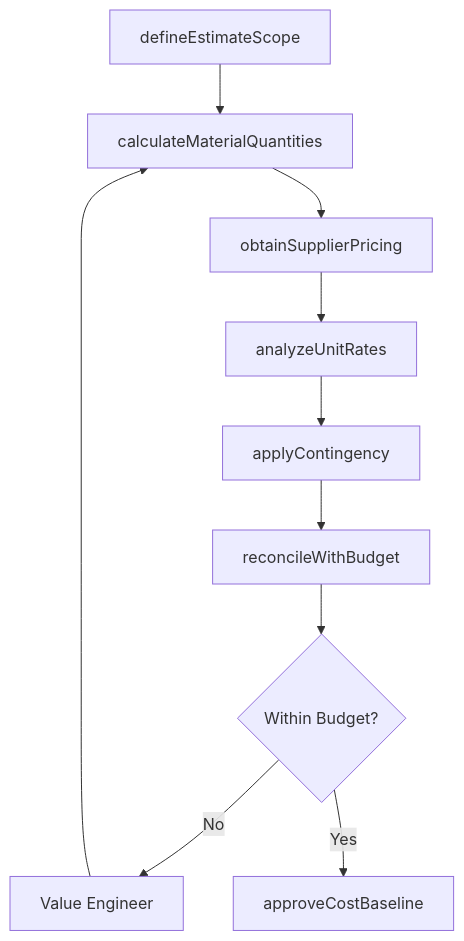
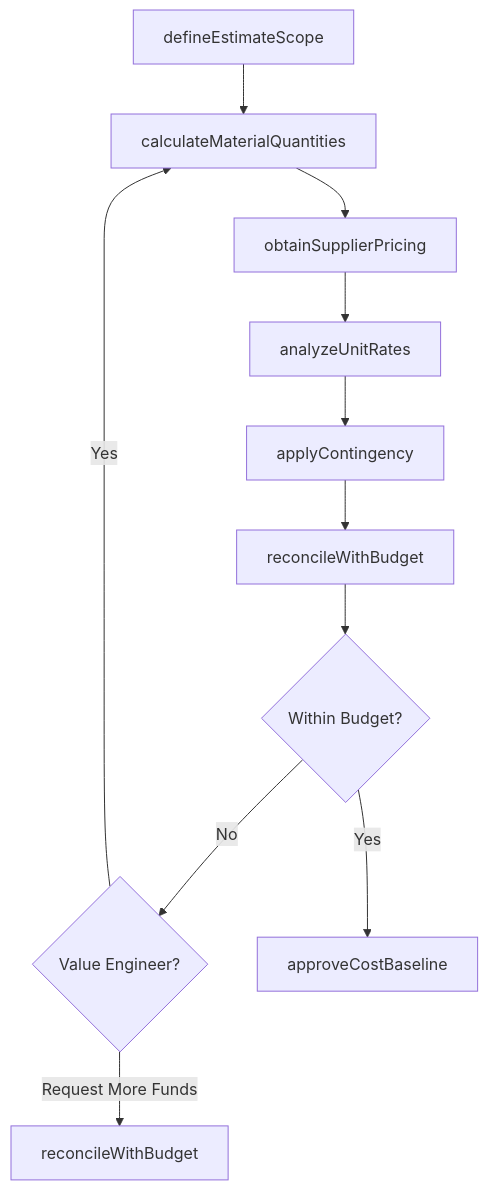
Before and after one commit to dot-org-ai/tasks.org.ai: the third of 4 diagrams in MakingDecisionsAndSolvingProblems/DetermineResourceNeedsOfProjectsOrOperations/EstimateCostMaterialRequirements.mdx, drawn with Mermaid. The commit also changed other lines of this file and 504 other files, not shown here.

First line of the commit message:
feat: Add ER diagrams, state diagrams, and workflow improvements to 96 DWA task files

````diff
--- a/MakingDecisionsAndSolvingProblems/DetermineResourceNeedsOfProjectsOrOperations/EstimateCostMaterialRequirements.mdx
+++ b/MakingDecisionsAndSolvingProblems/DetermineResourceNeedsOfProjectsOrOperations/EstimateCostMaterialRequirements.mdx
@@ -85,12 +112,13 @@
 ```mermaid
 graph TD
     A[defineEstimateScope] --> B[calculateMaterialQuantities]
     B --> C[obtainSupplierPricing]
     C --> D[analyzeUnitRates]
     D --> E[applyContingency]
     E --> F[reconcileWithBudget]
     F --> G{Within Budget?}
-    G -->|No| H[Value Engineer]
-    H --> B
-    G -->|Yes| I[approveCostBaseline]
+    G -->|No| H{Value Engineer?}
+    H -->|Yes| B
+    H -->|Request More Funds| I[reconcileWithBudget]
+    G -->|Yes| J[approveCostBaseline]
 ```
````
